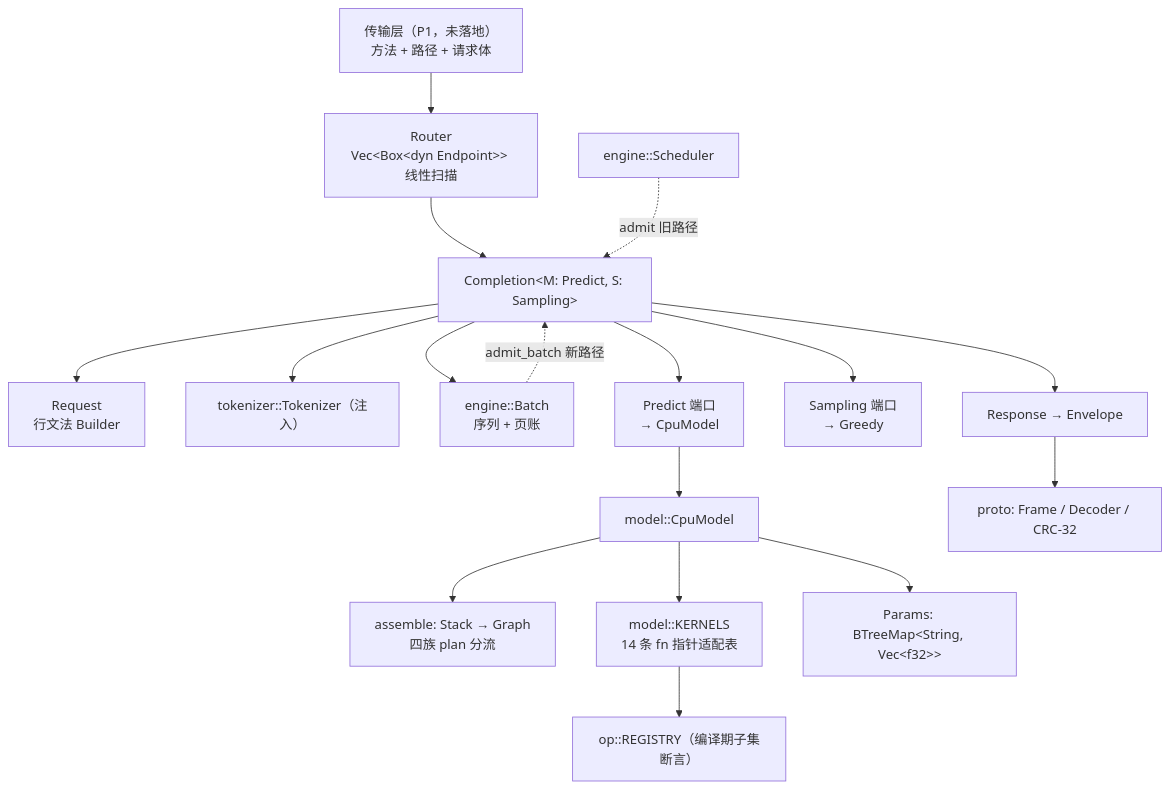
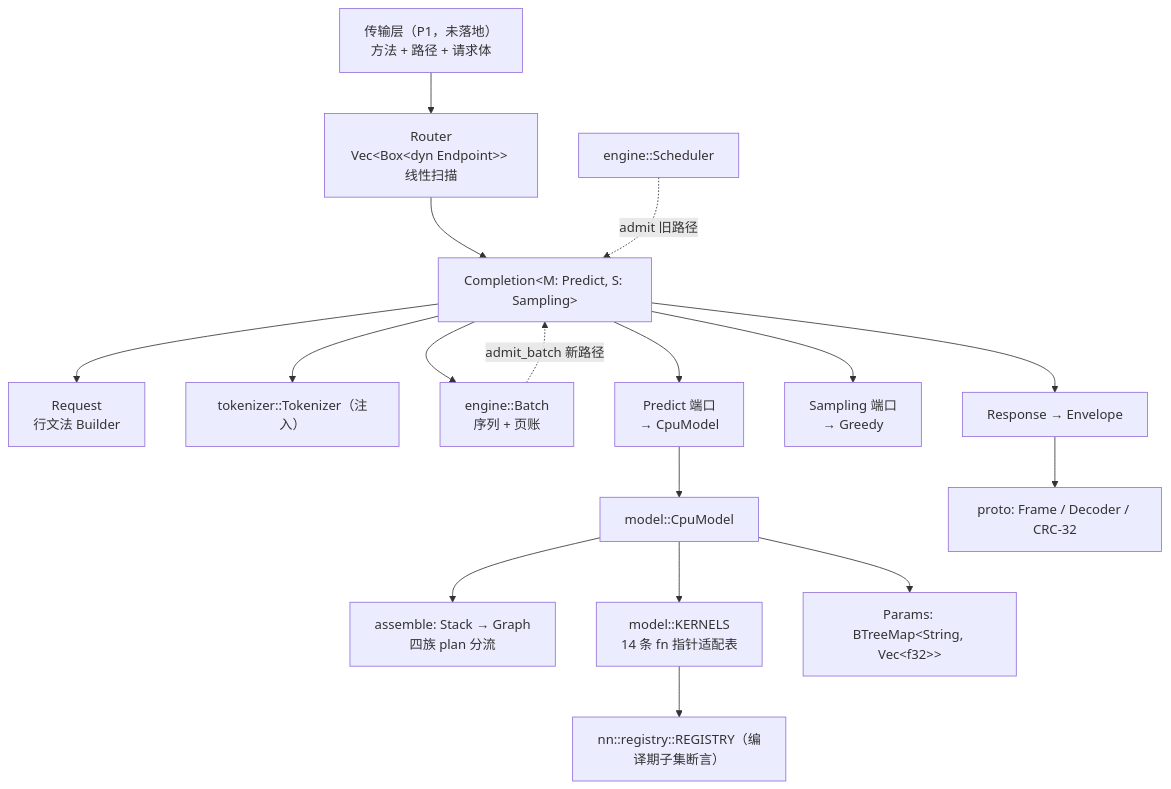
The first of 2 diagrams in docs/serve-deep-optimization-design.md (spapient/llm), drawn with Mermaid before and after one commit. The commit also changed other lines of this file and 21 other files, not shown here.

````diff
--- a/docs/serve-deep-optimization-design.md
+++ b/docs/serve-deep-optimization-design.md
@@ -60,23 +60,23 @@
 ```mermaid
 graph TD
     Transport["传输层（P1，未落地）<br/>方法 + 路径 + 请求体"] --> Router["Router<br/>Vec&lt;Box&lt;dyn Endpoint&gt;&gt; 线性扫描"]
     Router --> Completion["Completion&lt;M: Predict, S: Sampling&gt;"]
 
     Completion --> Req["Request<br/>行文法 Builder"]
     Completion --> Tok["tokenizer::Tokenizer（注入）"]
     Completion --> Batch["engine::Batch<br/>序列 + 页账"]
     Completion --> Predict["Predict 端口<br/>→ CpuModel"]
     Completion --> Sampling["Sampling 端口<br/>→ Greedy"]
 
     Predict --> Model["model::CpuModel"]
     Model --> Assemble["assemble: Stack → Graph<br/>四族 plan 分流"]
     Model --> Kernels["model::KERNELS<br/>14 条 fn 指针适配表"]
-    Kernels --> Op["op::REGISTRY（编译期子集断言）"]
+    Kernels --> Op["nn::registry::REGISTRY（编译期子集断言）"]
     Model --> Params["Params: BTreeMap&lt;String, Vec&lt;f32&gt;&gt;"]
 
     Completion --> Resp["Response → Envelope"]
     Resp --> Proto["proto: Frame / Decoder / CRC-32"]
 
     Sched["engine::Scheduler"] -.->|admit 旧路径| Completion
     Batch -.->|admit_batch 新路径| Completion
 ```
````
